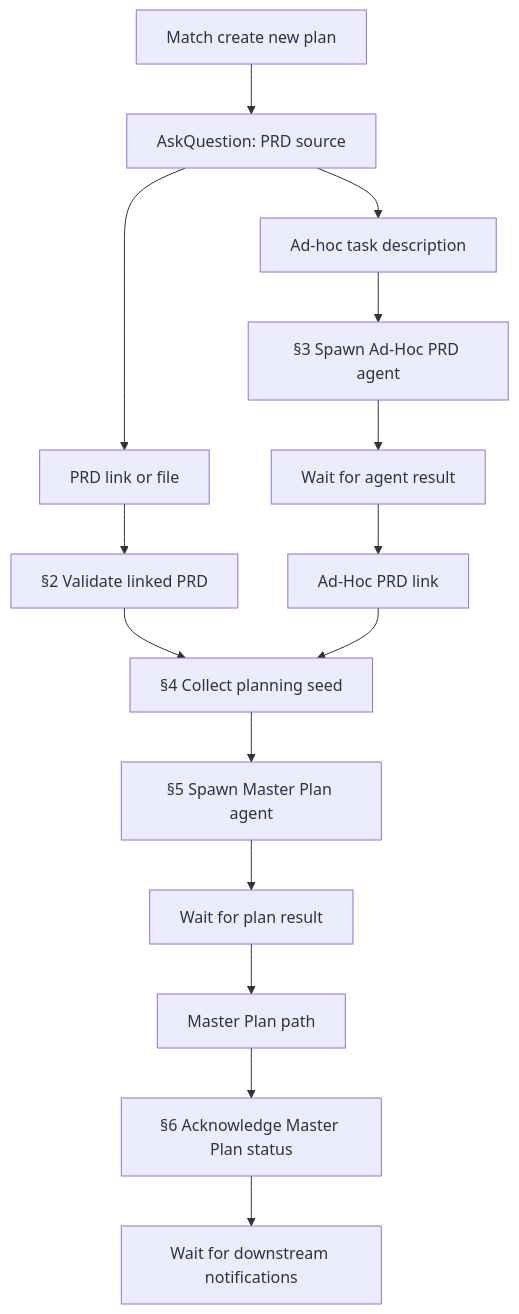
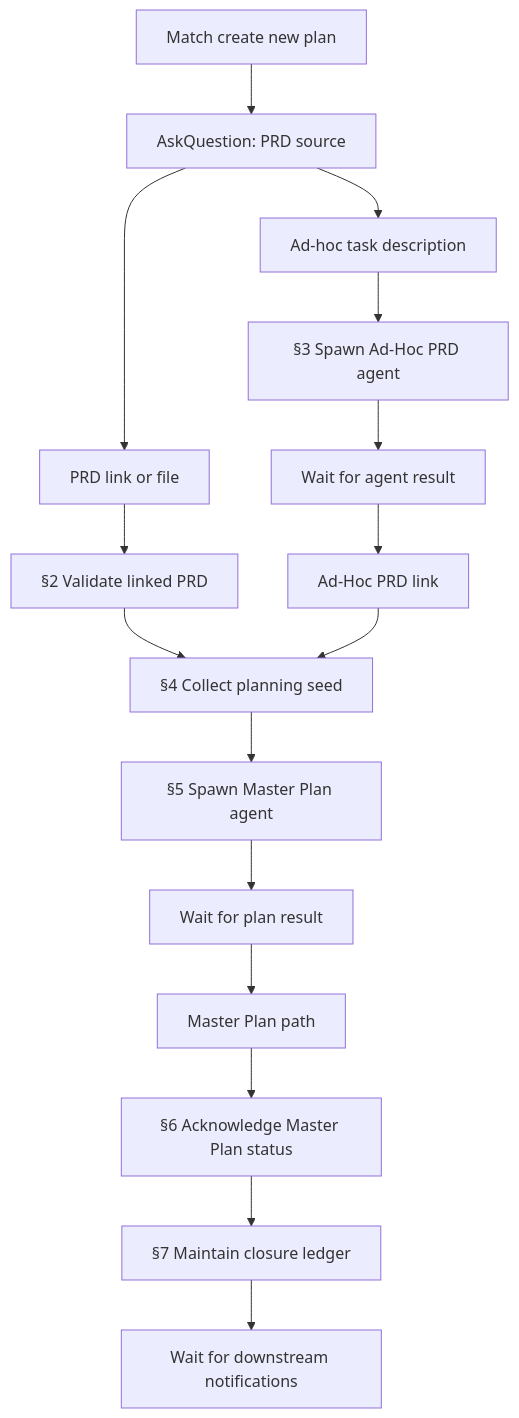
Before and after one commit to safebeat-sedea/research-and-development: the second of 2 diagrams in missions/plan-and-deliver/plan.mdc, drawn with Mermaid. The commit also changed other lines of this file, not shown here.

````diff
--- a/missions/plan-and-deliver/plan.mdc
+++ b/missions/plan-and-deliver/plan.mdc
@@ -64,17 +64,18 @@
 ```mermaid
 flowchart TD
   CMD[Match create new plan] --> ASK[AskQuestion: PRD source]
   ASK --> O1[PRD link or file]
   ASK --> O2[Ad-hoc task description]
   O1 --> LINK["§2 Validate linked PRD"]
   LINK --> SEED["§4 Collect planning seed"]
   O2 --> AH["§3 Spawn Ad-Hoc PRD agent"]
   AH --> WAIT[Wait for agent result]
   WAIT --> PRD[Ad-Hoc PRD link]
   PRD --> SEED
   SEED --> MP["§5 Spawn Master Plan agent"]
   MP --> WAIT2[Wait for plan result]
   WAIT2 --> PLAN[Master Plan path]
   PLAN --> ACK["§6 Acknowledge Master Plan status"]
-  ACK --> WAIT3[Wait for downstream notifications]
+  ACK --> LEDGER["§7 Maintain closure ledger"]
+  LEDGER --> WAIT3[Wait for downstream notifications]
 ```
````
